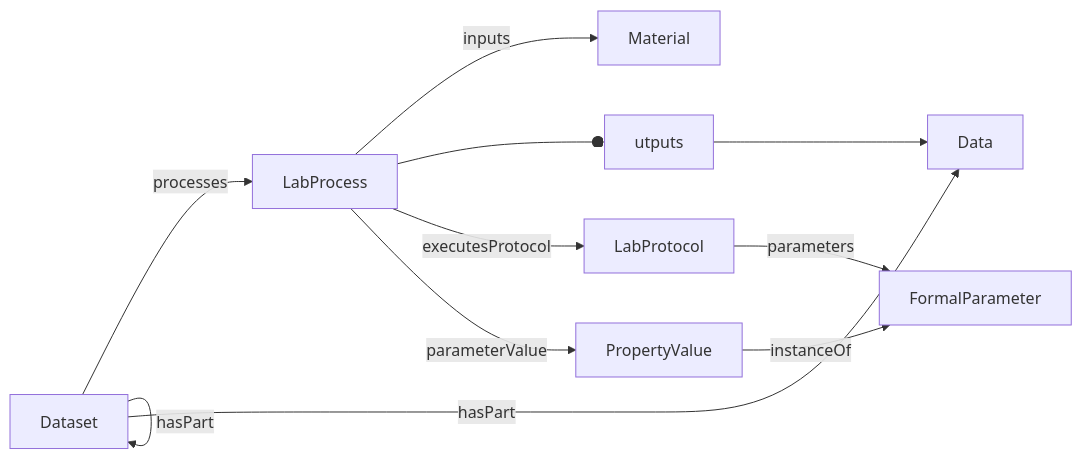
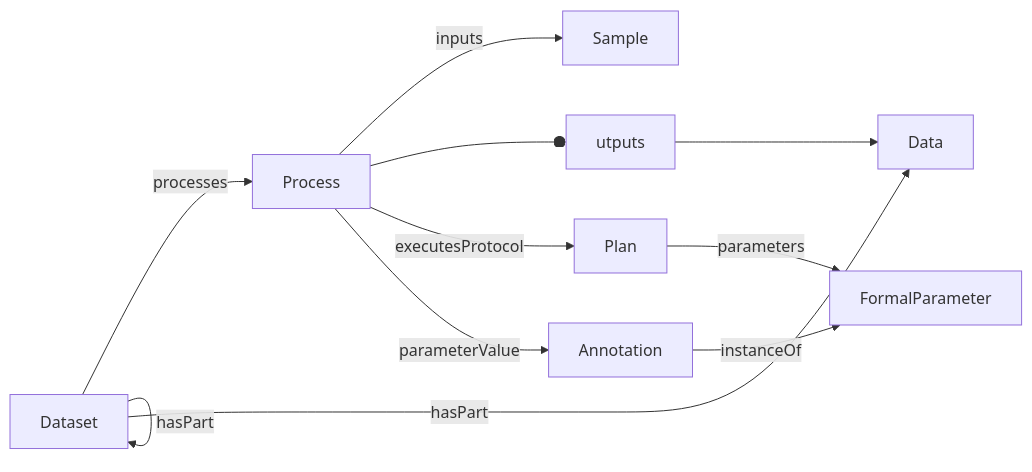
The diagram in docs/project/specification.md (HLWeil/ProcessCore), drawn with Mermaid before and after one commit. The commit also changed other lines of this file and 134 other files, not shown here.

````diff
--- a/docs/project/specification.md
+++ b/docs/project/specification.md
@@ -14,12 +14,12 @@
 ```mermaid
 flowchart LR
-    Dataset --processes--> LabProcess
+    Dataset --processes--> Process
     Dataset --hasPart--> Data
     Dataset --hasPart--> Dataset
-    LabProcess --inputs--> Material
-    LabProcess --outputs--> Data
-    LabProcess --executesProtocol--> LabProtocol
-    LabProcess --parameterValue--> PropertyValue
-    LabProtocol --parameters--> FormalParameter
-    PropertyValue --instanceOf--> FormalParameter
+    Process --inputs--> Sample
+    Process --outputs--> Data
+    Process --executesProtocol--> Plan
+    Process --parameterValue--> Annotation
+    Plan --parameters--> FormalParameter
+    Annotation --instanceOf--> FormalParameter
 ```
````
